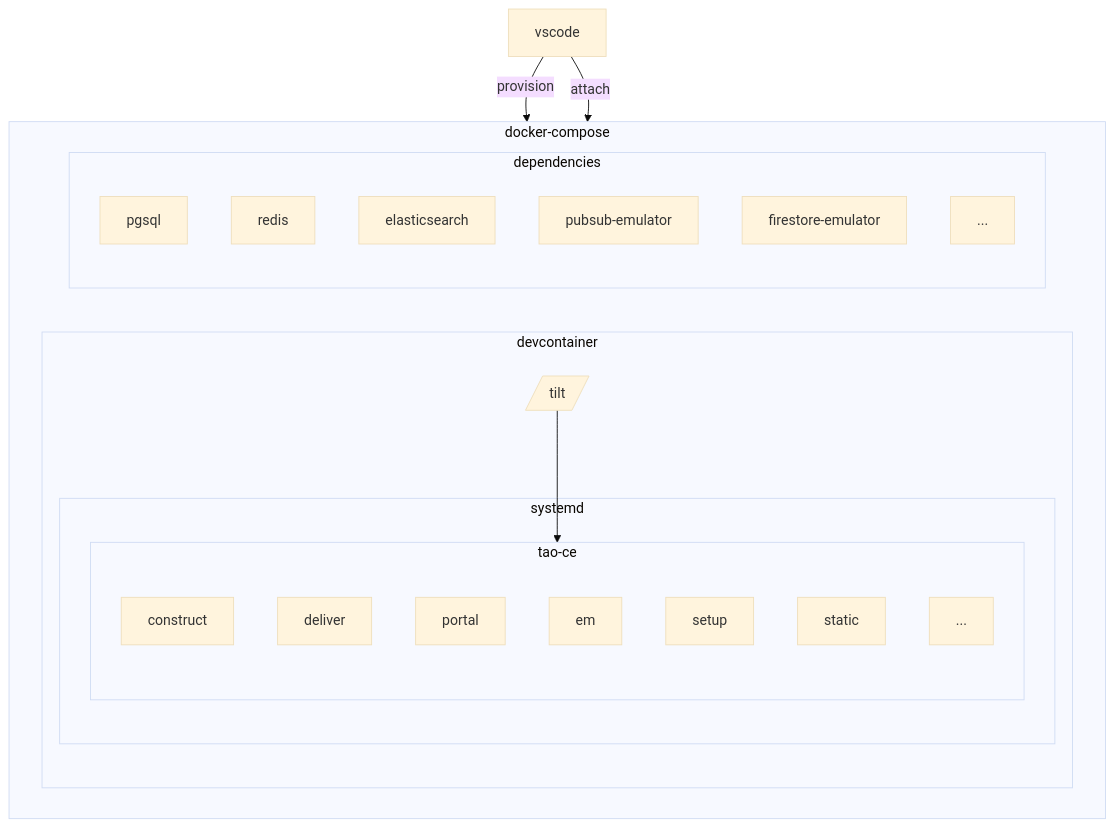
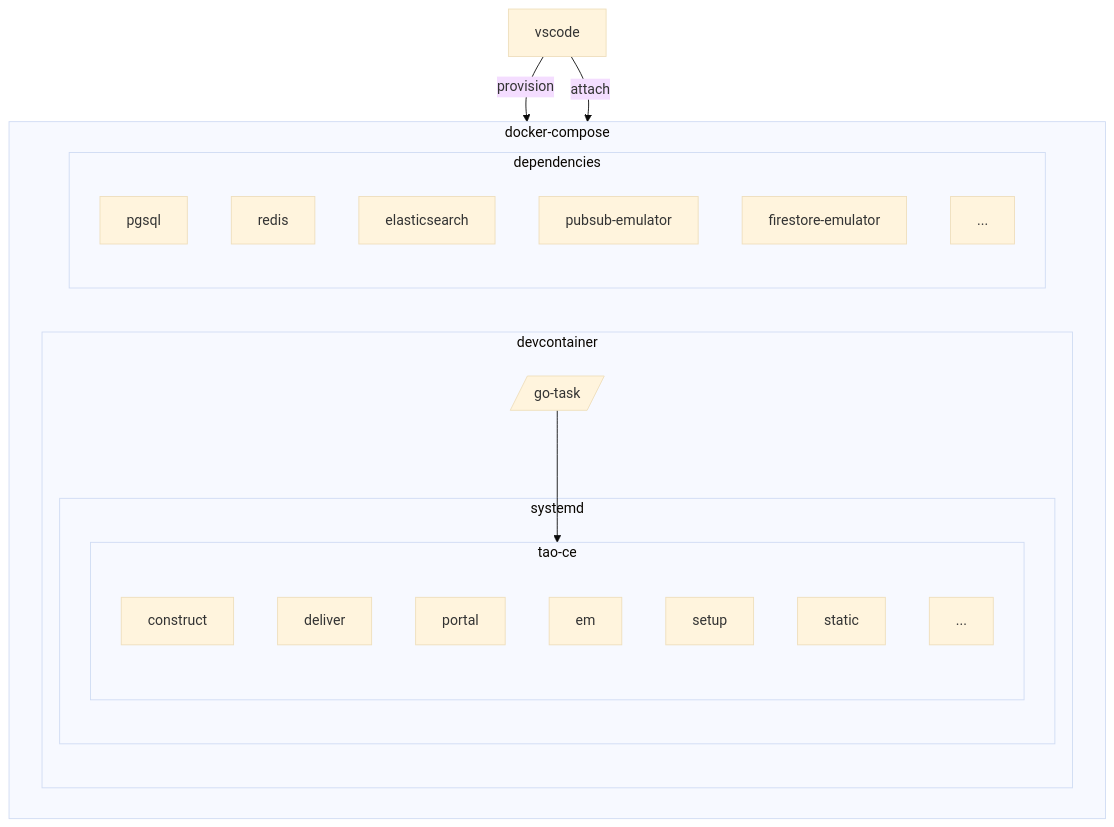
The diagram in docs/dev/environment.md (tao-ce/tao-ce), drawn with Mermaid (base theme) before and after one commit. The commit also changed other lines of this file and 29 other files, not shown here.

````diff
--- a/docs/dev/environment.md
+++ b/docs/dev/environment.md
@@ -8,32 +12,32 @@
 ```mermaid
 flowchart TB
 subgraph docker-compose
     direction LR
     subgraph devcontainer
         direction TB
     subgraph systemd
         subgraph tao-ce
         construct
         deliver
         portal
         em
         setup
         static
         taoo[...]
         end
     end
-        tilt[/tilt/]
+        go-task[/go-task/]
     end
     subgraph dependencies
         pgsql
         redis
         elasticsearch
         pubsub-emulator
         firestore-emulator
         depso[...]
     end
-    tilt --> tao-ce
+    go-task --> tao-ce
 end
 vscode -- provision --> docker-compose
 vscode -- attach --> devcontainer
 ```
````
